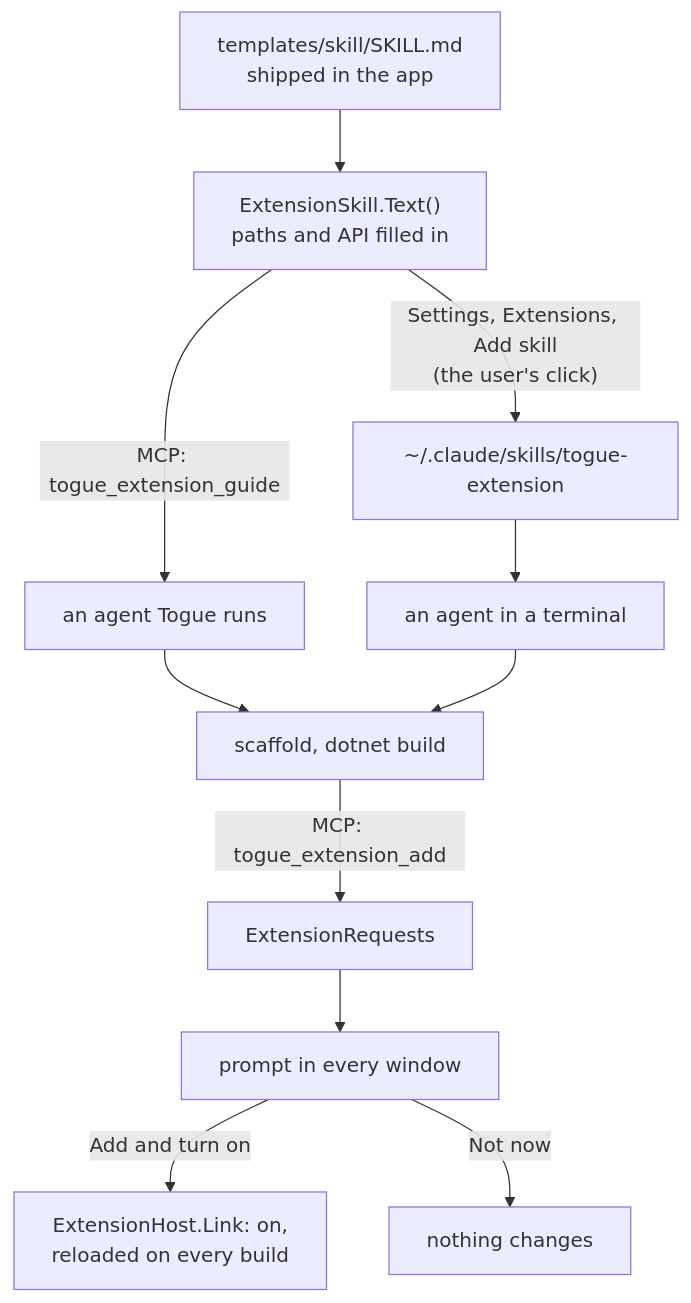
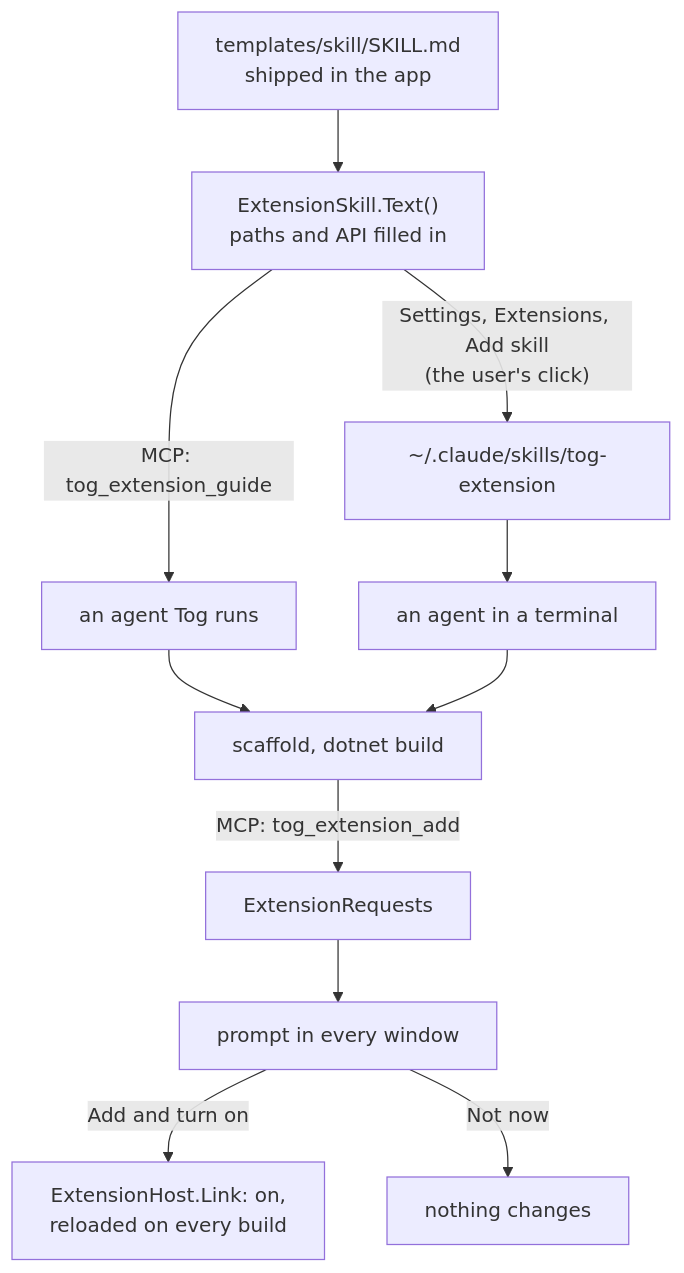
The second of 10 diagrams in docs/extensions.md (BradenTerry/Tog), drawn with Mermaid before and after one commit. The commit also changed other lines of this file and 483 other files, not shown here.

Commit message:
Rename Togue to Tog

````diff
--- a/docs/extensions.md
+++ b/docs/extensions.md
@@ -43,13 +43,13 @@
 ```mermaid
 flowchart TD
     S["templates/skill/SKILL.md<br/>shipped in the app"] --> R["ExtensionSkill.Text()<br/>paths and API filled in"]
-    R -->|"Settings, Extensions, Add skill<br/>(the user's click)"| K["~/.claude/skills/togue-extension"]
-    R -->|"MCP: togue_extension_guide"| M["an agent Togue runs"]
+    R -->|"Settings, Extensions, Add skill<br/>(the user's click)"| K["~/.claude/skills/tog-extension"]
+    R -->|"MCP: tog_extension_guide"| M["an agent Tog runs"]
     K --> T["an agent in a terminal"]
     M --> B["scaffold, dotnet build"]
     T --> B
-    B -->|"MCP: togue_extension_add"| Q["ExtensionRequests"]
+    B -->|"MCP: tog_extension_add"| Q["ExtensionRequests"]
     Q --> P["prompt in every window"]
     P -->|"Add and turn on"| L["ExtensionHost.Link: on,<br/>reloaded on every build"]
     P -->|"Not now"| X["nothing changes"]
 ```
````
